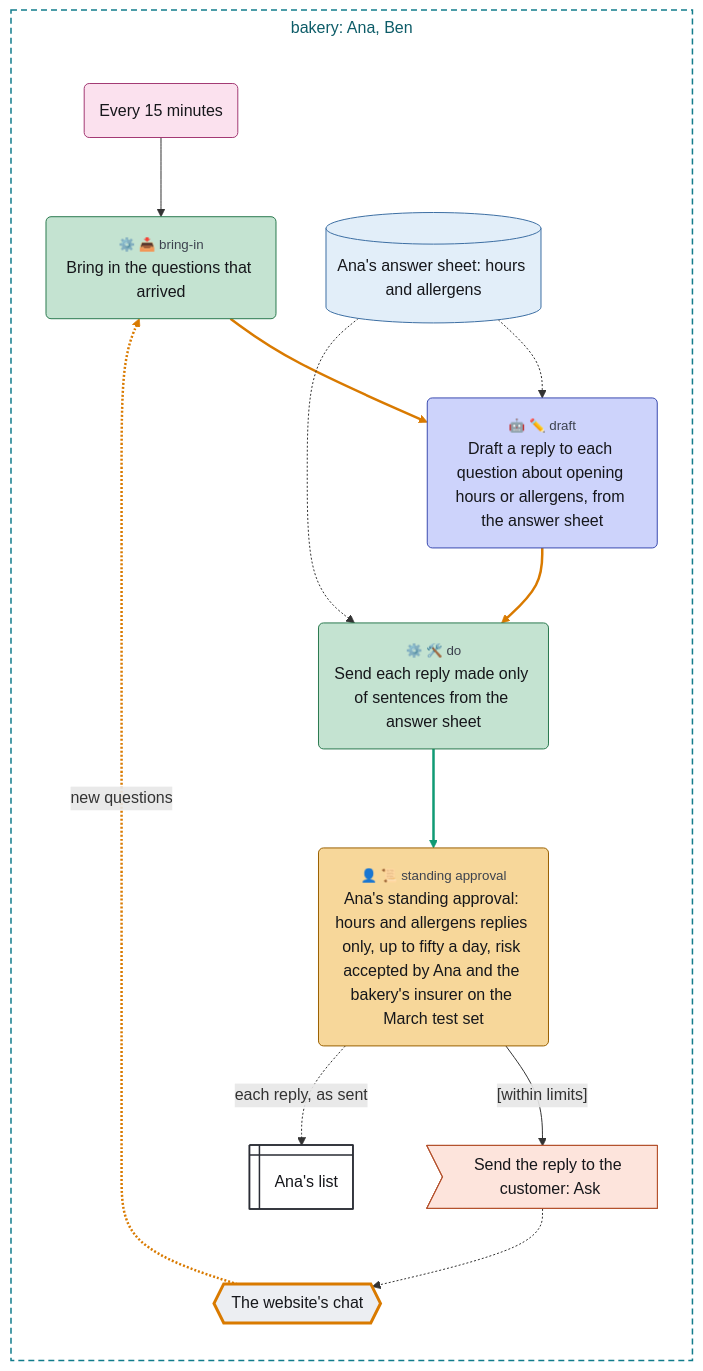
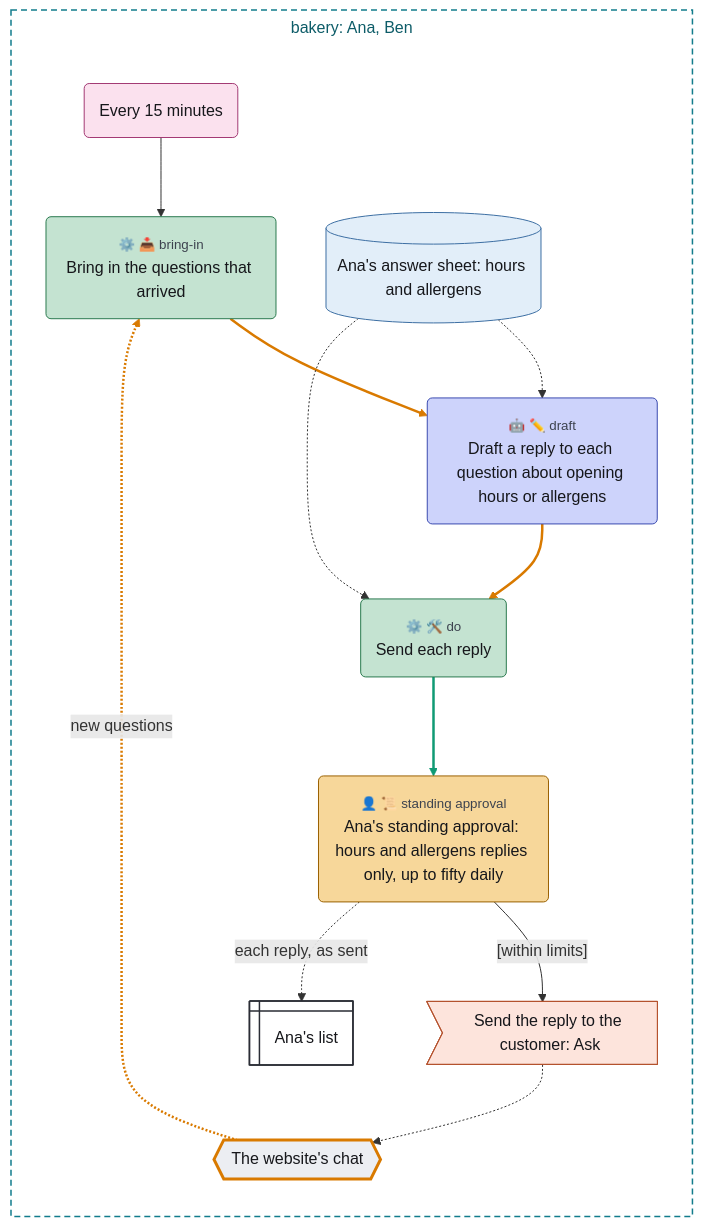
One commit to chrismdp/awml changed the diagram in examples/tour/16-accepted-risk.mmd. Above: the diagram before and after it, drawn with Mermaid. The commit also changed 109 other files, not shown here.

```diff
--- a/examples/tour/16-accepted-risk.mmd
+++ b/examples/tour/16-accepted-risk.mmd
@@ -1,57 +1,57 @@
 ---
 config:
   theme: default
   fontFamily: Inter, sans-serif
   flowchart:
     useMaxWidth: false
     subGraphTitleMargin:
       top: 6
       bottom: 30
 ---
 flowchart TB
   subgraph bakery["bakery#58; Ana#44; Ben"]
     direction TB
     quarter("Every 15 minutes")
     chat{{"The website#39;s chat"}}
     bring("<small style='color:rgb(61,67,79)'>⚙️ 📥 bring-in</small><br>Bring in the questions that arrived")
     sheet[("Ana#39;s answer sheet#58; hours and allergens")]
-    draft("<small style='color:rgb(61,67,79)'>🤖 ✏️ draft</small><br>Draft a reply to each question about opening hours or allergens#44; from the answer sheet")
-    send("<small style='color:rgb(61,67,79)'>⚙️ 🛠️ do</small><br>Send each reply made only of sentences from the answer sheet")
-    approval("<small style='color:rgb(61,67,79)'>👤 📜 standing approval</small><br>Ana#39;s standing approval#58; hours and allergens replies only#44; up to fifty a day#44; risk accepted by Ana and the bakery#39;s insurer on the March test set")
+    draft("<small style='color:rgb(61,67,79)'>🤖 ✏️ draft</small><br>Draft a reply to each question about opening hours or allergens")
+    send("<small style='color:rgb(61,67,79)'>⚙️ 🛠️ do</small><br>Send each reply")
+    approval("<small style='color:rgb(61,67,79)'>👤 📜 standing approval</small><br>Ana#39;s standing approval#58; hours and allergens replies only#44; up to fifty daily")
     reply>"Send the reply to the customer#58; Ask"]
     list@{ shape: win-pane, label: "Ana#39;s list" }
   end
 
   quarter --> bring
   chat -.->|"new questions"| bring
   bring --> draft
   sheet -.-> draft
   draft --> send
   sheet -.-> send
   send --> approval
   approval -->|"#91;within limits#93;"| reply
   reply -.-> chat
   approval -.->|"each reply#44; as sent"| list
   classDef trig fill:#fbe1ee,stroke:#a33a74,color:#16171b
   classDef ctx fill:#e2eef9,stroke:#3d6fa3,color:#16171b
   classDef con fill:#eceef2,stroke:#5d6472,color:#16171b
   classDef surf fill:#ffffff,stroke:#2a2d35,stroke-width:1.5px,color:#16171b
   classDef out fill:#fde4dc,stroke:#b5532f,color:#16171b
   classDef ai fill:#cdd3fb,stroke:#3b4bb0,color:#16171b
   classDef code fill:#c4e3d1,stroke:#2b7a4f,color:#16171b
   classDef person fill:#f7d79a,stroke:#9a6100,color:#16171b
   classDef gap fill:#ffffff,stroke:#8a93a3,stroke-dasharray:4 3,color:#6b7280
   classDef untrusted stroke:#d97a00,stroke-width:3px
   classDef unstopped stroke:#d0342c,stroke-width:3px
   class quarter trig
   class sheet ctx
   class chat con
   class list surf
   class reply out
   class draft ai
   class bring,send code
   class approval person
   class chat untrusted
   style bakery fill:transparent,stroke:#127c8c,stroke-width:1.5px,stroke-dasharray:6 4,color:#0d5c68
   linkStyle 1,2,4 stroke:#d97a00,stroke-width:2.5px
   linkStyle 6 stroke:#109a74,stroke-width:2.5px
```
